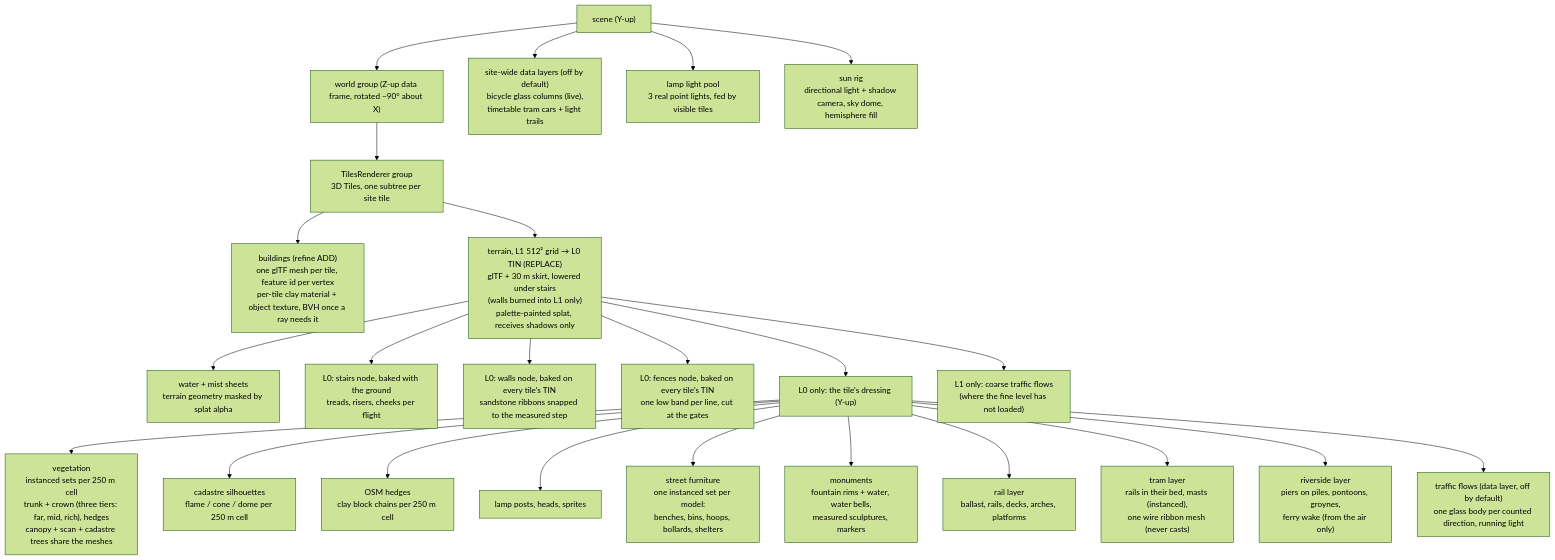
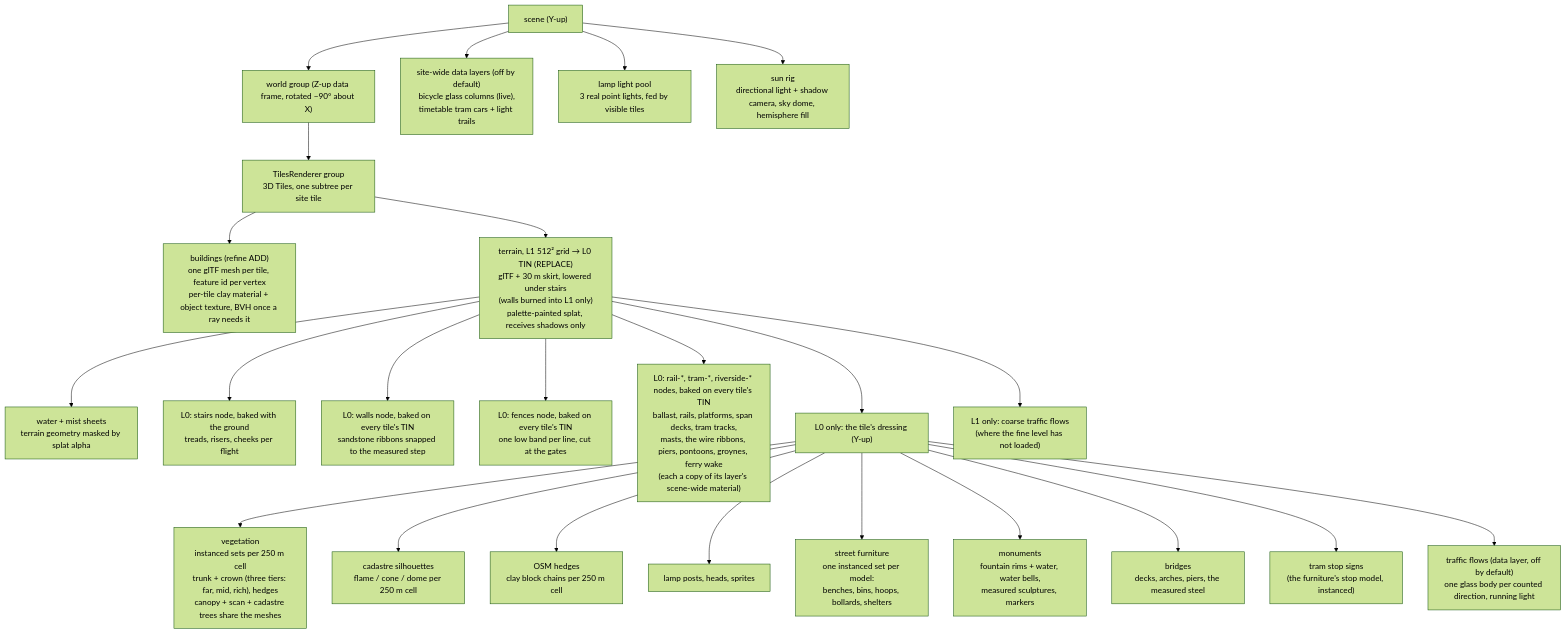
The first of 2 diagrams in docs/rendering.md (mdugue/bridge), drawn with Mermaid (forest theme) before and after one commit. The commit also changed other lines of this file and 10 other files, not shown here.

First line of the commit message:
docs: plan 074 part A's spike — the baked lines in ADR 0029, the codebook and the findings

````diff
--- a/docs/rendering.md
+++ b/docs/rendering.md
@@ -25,29 +25,29 @@
 ```mermaid
 flowchart TB
   SCENE["scene (Y-up)"]
   WORLD["world group (Z-up data frame, rotated −90° about X)"]
   TILES["TilesRenderer group<br/>3D Tiles, one subtree per site tile"]
   SCENE --> WORLD
   WORLD --> TILES
   TILES --> CITY["buildings (refine ADD)<br/>one glTF mesh per tile, feature id per vertex<br/>per-tile clay material + object texture, BVH once a ray needs it"]
   TILES --> TER["terrain, L1 512² grid → L0 TIN (REPLACE)<br/>glTF + 30 m skirt, lowered under stairs<br/>(walls burned into L1 only)<br/>palette-painted splat, receives shadows only"]
   TER --> WAT["water + mist sheets<br/>terrain geometry masked by splat alpha"]
   TER --> STAIR["L0: stairs node, baked with the ground<br/>treads, risers, cheeks per flight"]
   TER --> WALL["L0: walls node, baked on every tile's TIN<br/>sandstone ribbons snapped to the measured step"]
   TER --> FENCE["L0: fences node, baked on every tile's TIN<br/>one low band per line, cut at the gates"]
+  TER --> LINES["L0: rail-*, tram-*, riverside-* nodes, baked on every tile's TIN<br/>ballast, rails, platforms, span decks, tram tracks,<br/>masts, the wire ribbons, piers, pontoons, groynes, ferry wake<br/>(each a copy of its layer's scene-wide material)"]
   TER --> DRESS["L0 only: the tile's dressing (Y-up)"]
   DRESS --> VEG["vegetation<br/>instanced sets per 250 m cell<br/>trunk + crown (three tiers: far, mid, rich), hedges<br/>canopy + scan + cadastre trees share the meshes"]
   DRESS --> INV["cadastre silhouettes<br/>flame / cone / dome per 250 m cell"]
   DRESS --> LOW["OSM hedges<br/>clay block chains per 250 m cell"]
   DRESS --> LAMP["lamp posts, heads, sprites"]
   DRESS --> FURN["street furniture<br/>one instanced set per model:<br/>benches, bins, hoops, bollards, shelters"]
   DRESS --> MON["monuments<br/>fountain rims + water, water bells,<br/>measured sculptures, markers"]
-  DRESS --> RAIL["rail layer<br/>ballast, rails, decks, arches, platforms"]
-  DRESS --> TRAM["tram layer<br/>rails in their bed, masts (instanced),<br/>one wire ribbon mesh (never casts)"]
-  DRESS --> RIV["riverside layer<br/>piers on piles, pontoons, groynes,<br/>ferry wake (from the air only)"]
+  DRESS --> RAIL["bridges<br/>decks, arches, piers, the measured steel"]
+  DRESS --> TRAM["tram stop signs<br/>(the furniture's stop model, instanced)"]
   DRESS --> TRAF["traffic flows (data layer, off by default)<br/>one glass body per counted direction, running light"]
   TER --> TRAFC["L1 only: coarse traffic flows<br/>(where the fine level has not loaded)"]
   SCENE --> DATA["site-wide data layers (off by default)<br/>bicycle glass columns (live),<br/>timetable tram cars + light trails"]
   SCENE --> LIGHTS["lamp light pool<br/>3 real point lights, fed by visible tiles"]
   SCENE --> SUN["sun rig<br/>directional light + shadow camera, sky dome, hemisphere fill"]
 ```
````
